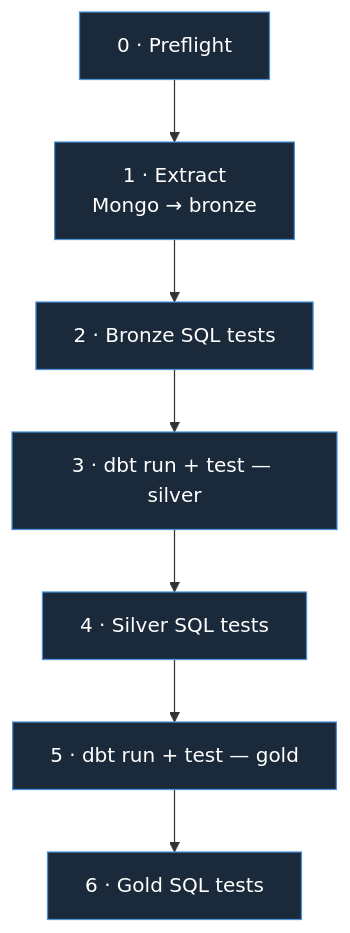
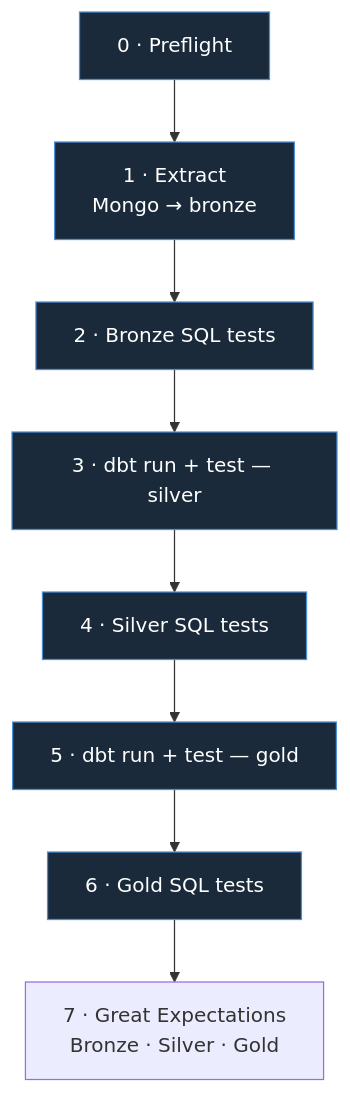
Before and after one commit to Nitinx12/Walmart_DBT: the second of 2 diagrams in README.md, drawn with Mermaid. The commit also changed other lines of this file and 32 other files, not shown here.

````diff
--- a/README.md
+++ b/README.md
@@ -54,12 +53,13 @@
 ```mermaid
 flowchart TD
     S0["0 · Preflight"] --> S1["1 · Extract<br/>Mongo → bronze"]
     S1 --> S2["2 · Bronze SQL tests"]
     S2 --> S3["3 · dbt run + test — silver"]
     S3 --> S4["4 · Silver SQL tests"]
     S4 --> S5["5 · dbt run + test — gold"]
     S5 --> S6["6 · Gold SQL tests"]
+    S6 --> S7["7 · Great Expectations<br/>Bronze · Silver · Gold"]
 
     classDef stage fill:#1a2a3a,color:#fff,stroke:#4a90d9
     class S0,S1,S2,S3,S4,S5,S6 stage
 ```
````
